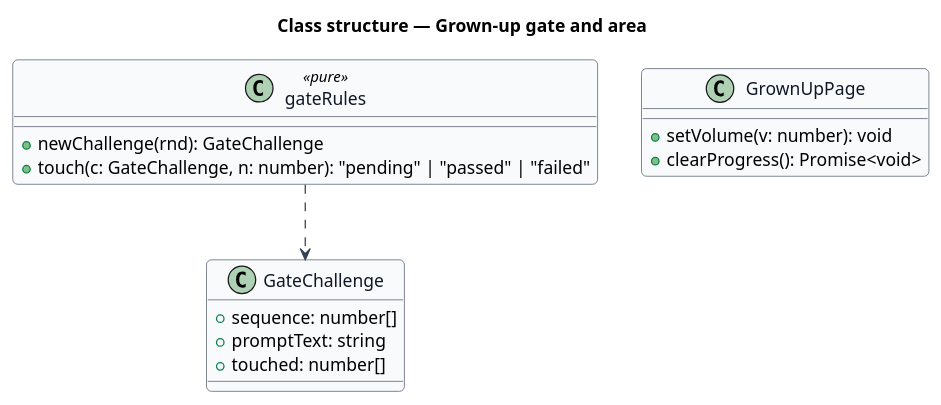
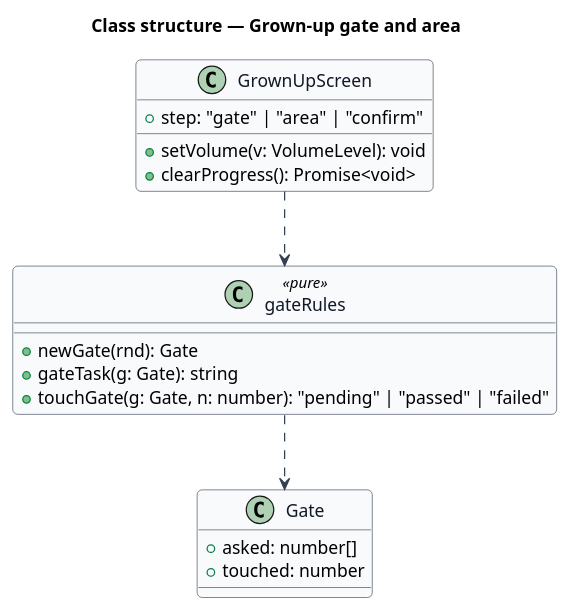
Before and after one commit to QuinntyneBrown/pibbo: the diagram in docs/detailed-designs/grown-up/grown-up-gate/diagrams/class.puml, drawn with PlantUML. The commit also changed 35 other files, not shown here.

First line of the commit message:
Make the gate and the Clear progress confirmation steps of one grown-up screen, not CDK dialogs: the CDK grew the initial bundle past its budget (mocks, design system, L2-037, ADR 0028, design)

```diff
--- a/docs/detailed-designs/grown-up/grown-up-gate/diagrams/class.puml
+++ b/docs/detailed-designs/grown-up/grown-up-gate/diagrams/class.puml
@@ -1,28 +1,30 @@
 @startuml
 skinparam backgroundColor #FFFFFF
 skinparam shadowing false
 skinparam roundcorner 8
 skinparam defaultFontName Arial
 skinparam ArrowColor #344054
 skinparam class {
   BorderColor #344054
   FontColor #101828
   BackgroundColor #F9FAFB
 }
 title Class structure — Grown-up gate and area
 
-class GateChallenge {
-  +sequence: number[]
-  +promptText: string
-  +touched: number[]
+class Gate {
+  +asked: number[]
+  +touched: number
 }
 class gateRules <<pure>> {
-  +newChallenge(rnd): GateChallenge
-  +touch(c: GateChallenge, n: number): "pending" | "passed" | "failed"
+  +newGate(rnd): Gate
+  +gateTask(g: Gate): string
+  +touchGate(g: Gate, n: number): "pending" | "passed" | "failed"
 }
-class GrownUpPage {
-  +setVolume(v: number): void
+class GrownUpScreen {
+  +step: "gate" | "area" | "confirm"
+  +setVolume(v: VolumeLevel): void
   +clearProgress(): Promise<void>
 }
-gateRules ..> GateChallenge
+gateRules ..> Gate
+GrownUpScreen ..> gateRules
 @enduml
```
